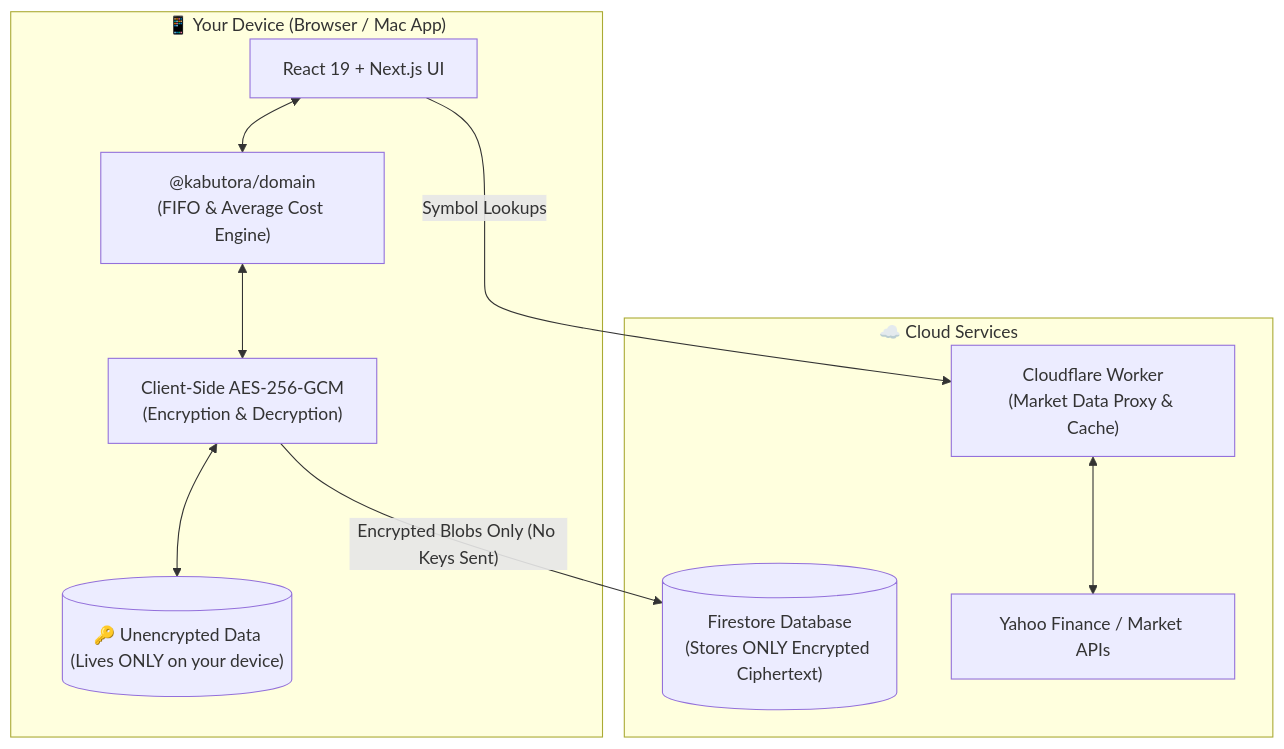
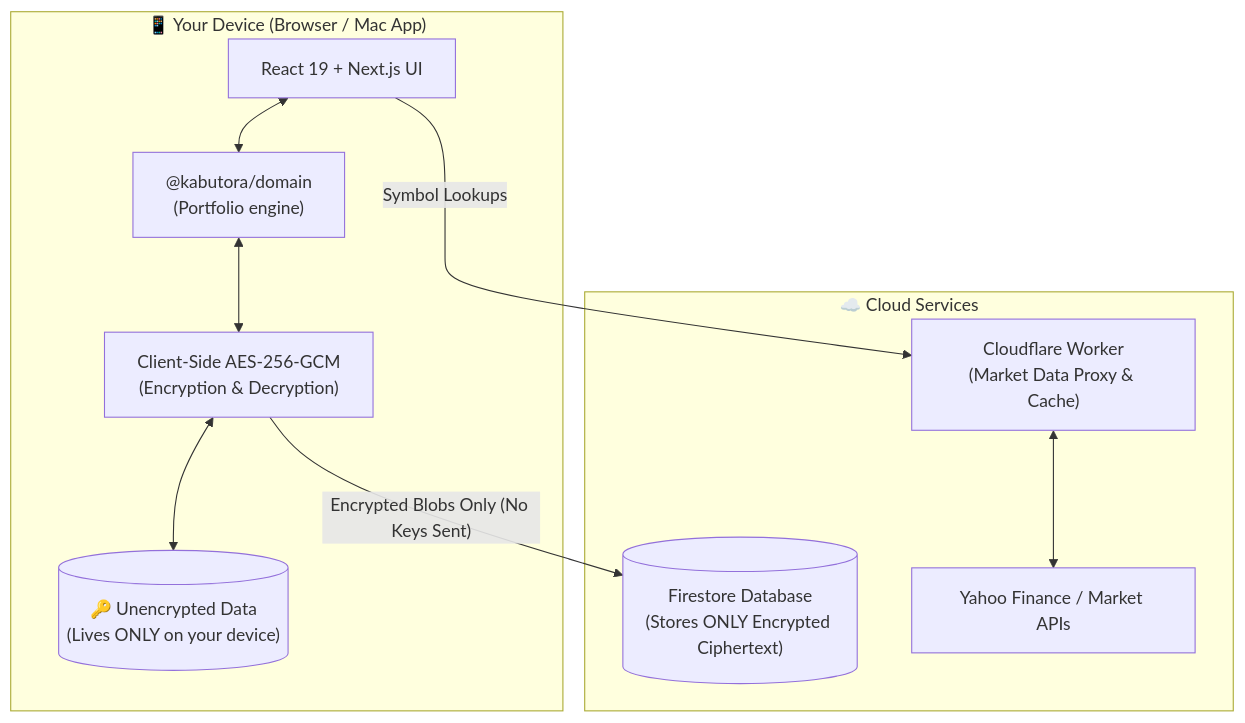
Before and after one commit to SotaYanagisawa/kabutora: the first of 2 diagrams in README.md, drawn with Mermaid. The commit also changed other lines of this file and 143 other files, not shown here.

````diff
--- a/README.md
+++ b/README.md
@@ -27,23 +27,23 @@
 ```mermaid
 flowchart TD
     subgraph Client["📱 Your Device (Browser / Mac App)"]
         UI["React 19 + Next.js UI"]
-        Calc["@kabutora/domain\n(FIFO & Average Cost Engine)"]
+        Calc["@kabutora/domain\n(Portfolio engine)"]
         Crypto["Client-Side AES-256-GCM\n(Encryption & Decryption)"]
         Plaintext[("🔑 Unencrypted Data\n(Lives ONLY on your device)")]
         
         UI <--> Calc
         Calc <--> Crypto
         Crypto <--> Plaintext
     end
 
     subgraph Cloud["☁️ Cloud Services"]
         CF["Cloudflare Worker\n(Market Data Proxy & Cache)"]
         Firebase[("Firestore Database\n(Stores ONLY Encrypted Ciphertext)")]
         MarketSource["Yahoo Finance / Market APIs"]
     end
 
     Crypto -- "Encrypted Blobs Only (No Keys Sent)" --> Firebase
     UI -- "Symbol Lookups" --> CF
     CF <--> MarketSource
 ```
````
